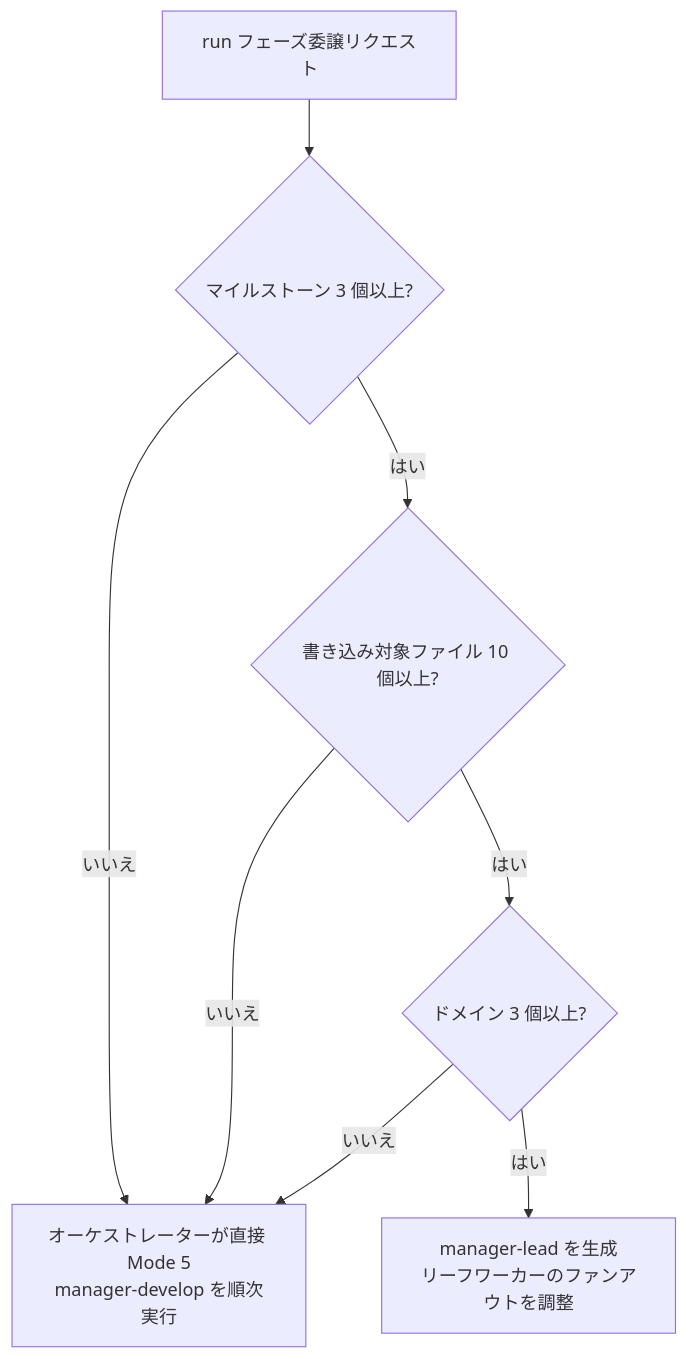
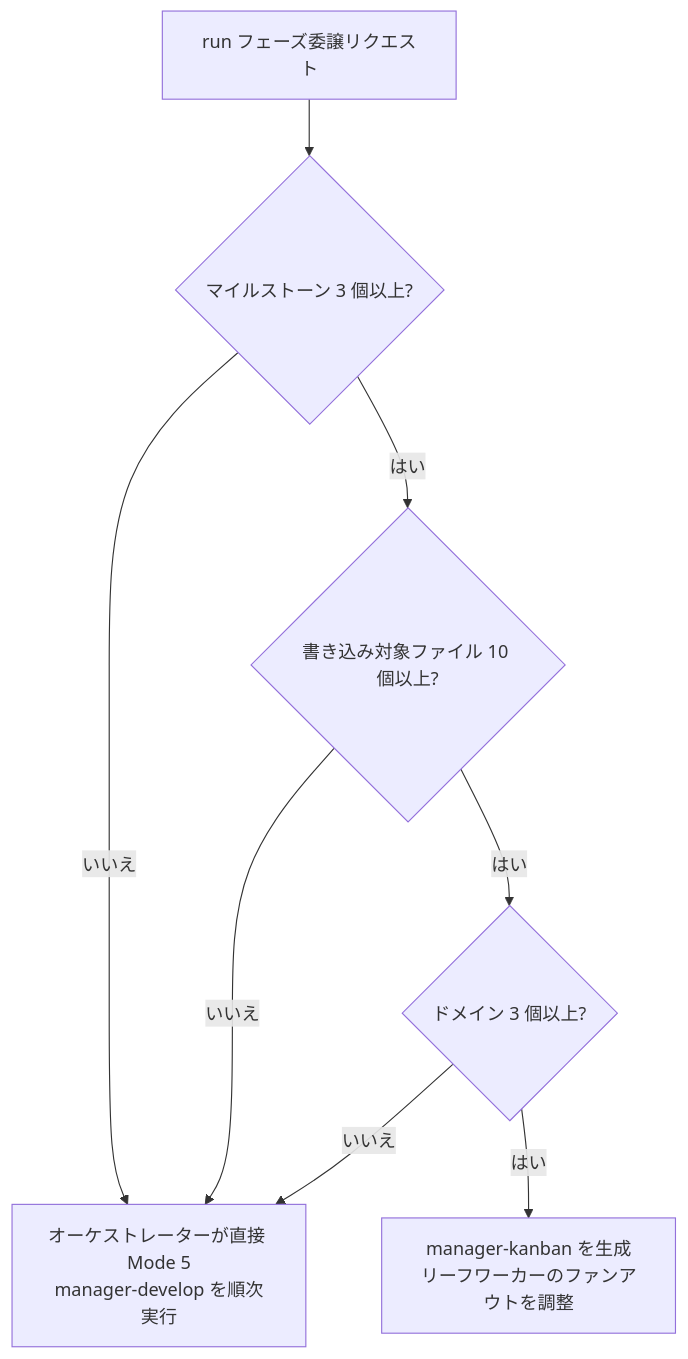
Before and after one commit to modu-ai/moai-adk: the second of 5 diagrams in docs-site/content/ja/advanced/agent-guide.md, drawn with Mermaid. The commit also changed other lines of this file and 69 other files, not shown here.

First line of the commit message:
feat(kanban): rename manager-lead to manager-kanban + add /moai todo backlog and dispatch protocol

````diff
--- a/docs-site/content/ja/advanced/agent-guide.md
+++ b/docs-site/content/ja/advanced/agent-guide.md
@@ -145,10 +145,10 @@
 ```mermaid
 flowchart TD
     START["run フェーズ委譲リクエスト"] --> Q1{"マイルストーン 3 個以上?"}
     Q1 -->|"いいえ"| MODE5["オーケストレーターが直接 Mode 5<br>manager-develop を順次実行"]
     Q1 -->|"はい"| Q2{"書き込み対象ファイル 10 個以上?"}
     Q2 -->|"いいえ"| MODE5
     Q2 -->|"はい"| Q3{"ドメイン 3 個以上?"}
     Q3 -->|"いいえ"| MODE5
-    Q3 -->|"はい"| LEAD["manager-lead を生成<br>リーフワーカーのファンアウトを調整"]
+    Q3 -->|"はい"| LEAD["manager-kanban を生成<br>リーフワーカーのファンアウトを調整"]
 ```
````
